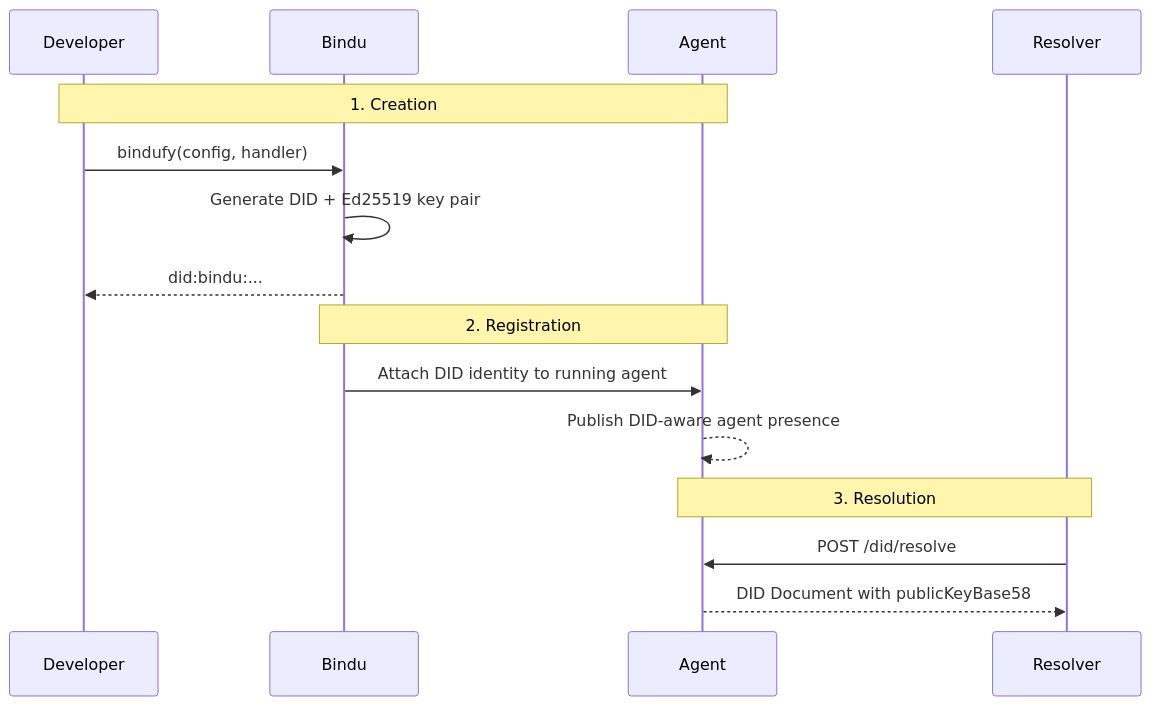
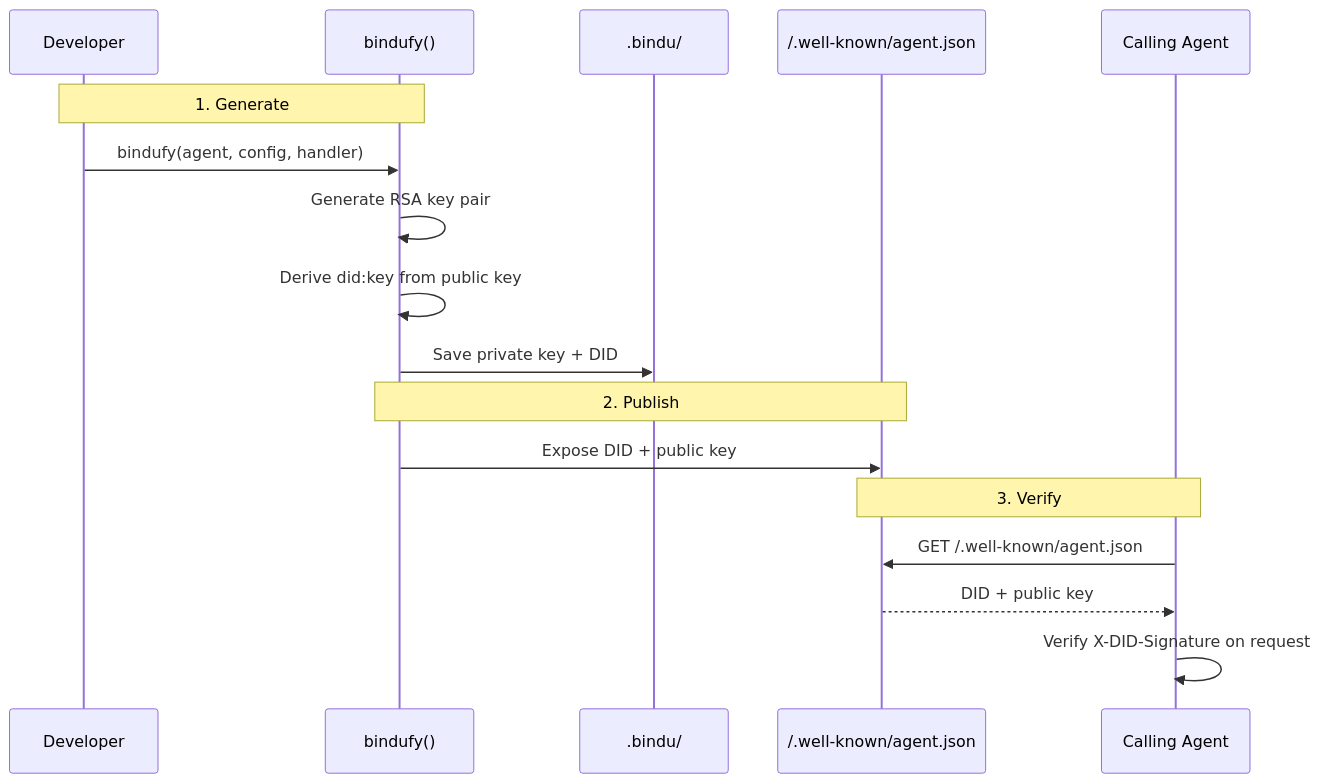
The diagram in bindu/learn/did/overview.mdx (Paraschamoli/docs), drawn with Mermaid before and after one commit. The commit also changed other lines of this file and 16 other files, not shown here.

````diff
--- a/bindu/learn/did/overview.mdx
+++ b/bindu/learn/did/overview.mdx
@@ -67,20 +62,22 @@
 ```mermaid
 sequenceDiagram
-    participant Developer
-    participant Bindu
-    participant Agent
-    participant Resolver
+    participant Dev as Developer
+    participant Bindu as bindufy()
+    participant Storage as .bindu/
+    participant AgentCard as /.well-known/agent.json
+    participant Caller as Calling Agent
 
-    Note over Developer,Agent: 1. Creation
-    Developer->>Bindu: bindufy(config, handler)
-    Bindu->>Bindu: Generate DID + Ed25519 key pair
-    Bindu-->>Developer: did:bindu:...
+    Note over Dev,Bindu: 1. Generate
+    Dev->>Bindu: bindufy(agent, config, handler)
+    Bindu->>Bindu: Generate RSA key pair
+    Bindu->>Bindu: Derive did:key from public key
+    Bindu->>Storage: Save private key + DID
 
-    Note over Bindu,Agent: 2. Registration
-    Bindu->>Agent: Attach DID identity to running agent
-    Agent-->>Agent: Publish DID-aware agent presence
+    Note over Bindu,AgentCard: 2. Publish
+    Bindu->>AgentCard: Expose DID + public key
 
-    Note over Resolver,Agent: 3. Resolution
-    Resolver->>Agent: POST /did/resolve
-    Agent-->>Resolver: DID Document with publicKeyBase58
+    Note over AgentCard,Caller: 3. Verify
+    Caller->>AgentCard: GET /.well-known/agent.json
+    AgentCard-->>Caller: DID + public key
+    Caller->>Caller: Verify X-DID-Signature on request
 ```
````
